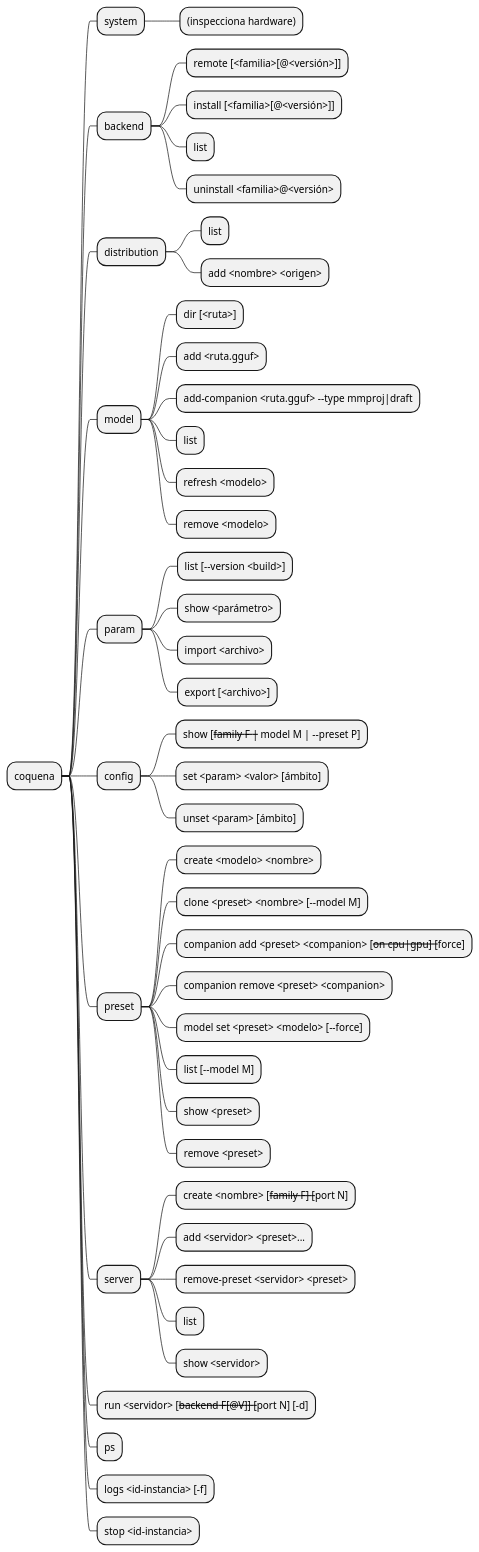
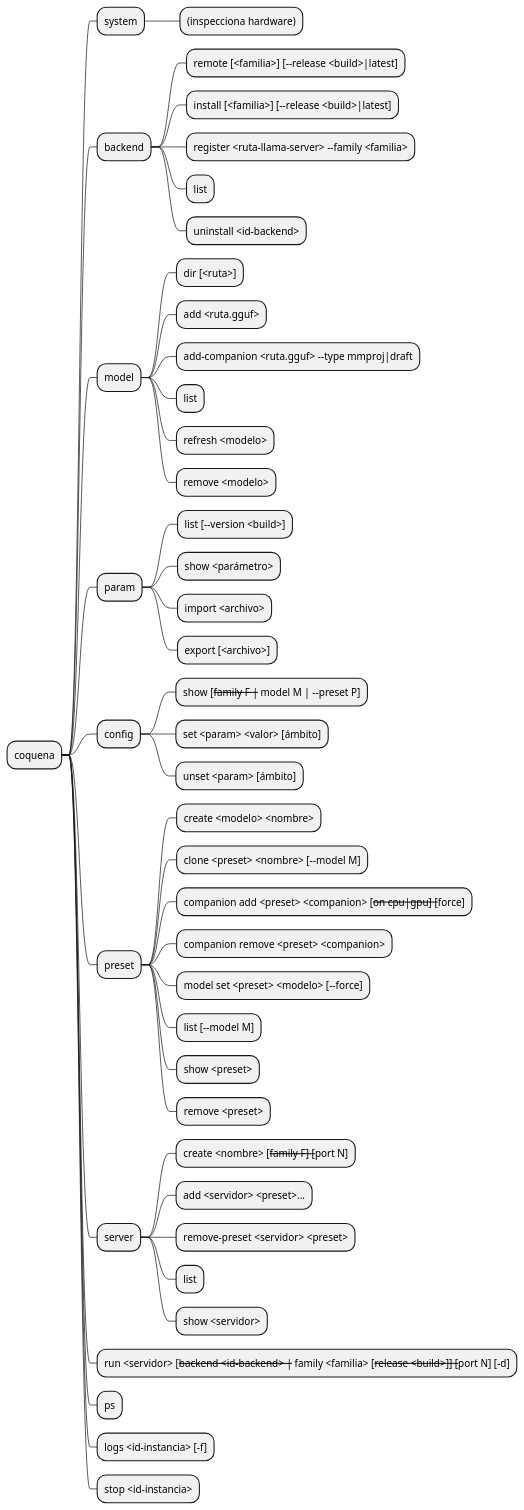
One commit to mstranich/coquena changed the first of 2 diagrams in docs/comandos.md. Above: the diagram before and after it, drawn with PlantUML. The commit also changed other lines of this file and 6 other files, not shown here.

````diff
--- a/docs/comandos.md
+++ b/docs/comandos.md
@@ -20,50 +41,48 @@
 ```plantuml
 @startmindmap
 * coquena
 ** system
 *** (inspecciona hardware)
 ** backend
-*** remote [<familia>[@<versión>]]
-*** install [<familia>[@<versión>]]
+*** remote [<familia>] [--release <build>|latest]
+*** install [<familia>] [--release <build>|latest]
+*** register <ruta-llama-server> --family <familia>
 *** list
-*** uninstall <familia>@<versión>
-** distribution
-*** list
-*** add <nombre> <origen>
+*** uninstall <id-backend>
 ** model
 *** dir [<ruta>]
 *** add <ruta.gguf>
 *** add-companion <ruta.gguf> --type mmproj|draft
 *** list
 *** refresh <modelo>
 *** remove <modelo>
 ** param
 *** list [--version <build>]
 *** show <parámetro>
 *** import <archivo>
 *** export [<archivo>]
 ** config
 *** show [--family F | --model M | --preset P]
 *** set <param> <valor> [ámbito]
 *** unset <param> [ámbito]
 ** preset
 *** create <modelo> <nombre>
 *** clone <preset> <nombre> [--model M]
 *** companion add <preset> <companion> [--on cpu|gpu] [--force]
 *** companion remove <preset> <companion>
 *** model set <preset> <modelo> [--force]
 *** list [--model M]
 *** show <preset>
 *** remove <preset>
 ** server
 *** create <nombre> [--family F] [--port N]
 *** add <servidor> <preset>...
 *** remove-preset <servidor> <preset>
 *** list
 *** show <servidor>
-** run <servidor> [--backend F[@V]] [--port N] [-d]
+** run <servidor> [--backend <id-backend> | --family <familia> [--release <build>]] [--port N] [-d]
 ** ps
 ** logs <id-instancia> [-f]
 ** stop <id-instancia>
 @endmindmap
 ```
````
